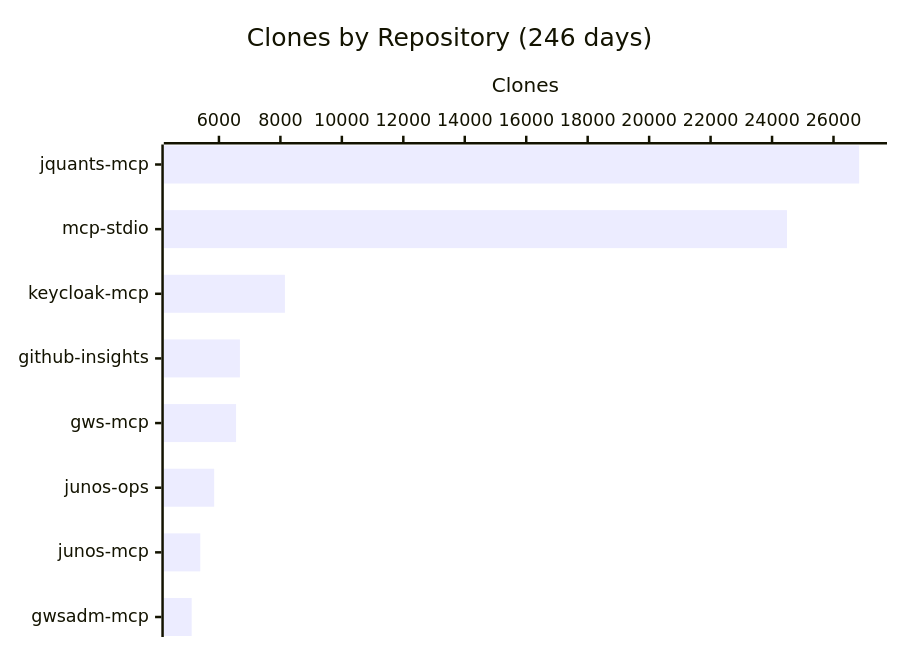
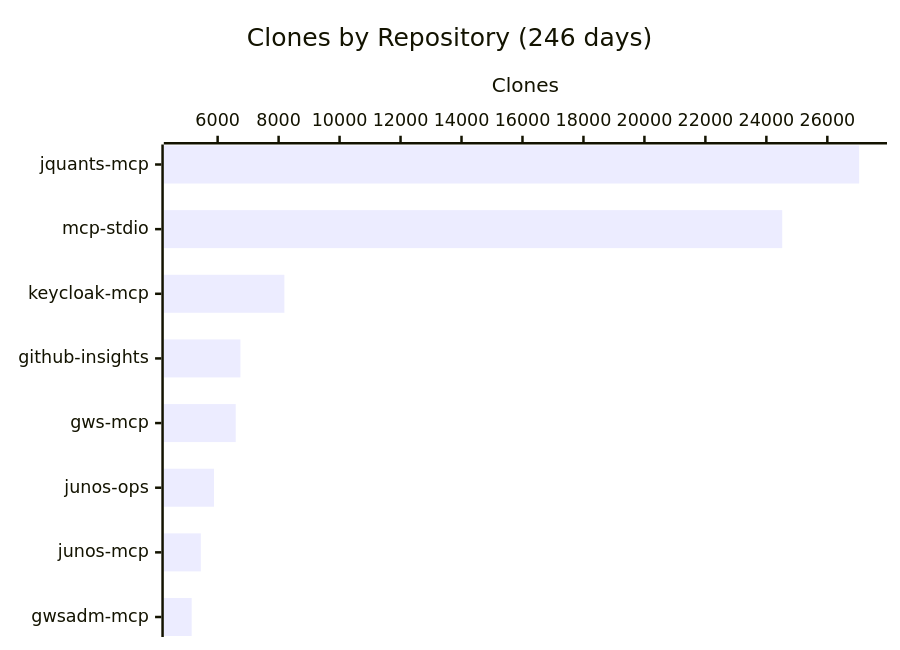
The fourth of 4 diagrams in README.md (shigechika/github-insights), drawn with Mermaid before and after one commit. The commit also changed other lines of this file and 1 other file, not shown here.

````diff
--- a/README.md
+++ b/README.md
@@ -58,7 +58,7 @@
 ```mermaid
 xychart-beta horizontal
     title "Clones by Repository (246 days)"
     x-axis ["jquants-mcp", "mcp-stdio", "keycloak-mcp", "github-insights", "gws-mcp", "junos-ops", "junos-mcp", "gwsadm-mcp"]
     y-axis "Clones"
-    bar [26835, 24485, 8147, 6682, 6558, 5844, 5392, 5112]
+    bar [27044, 24520, 8190, 6748, 6594, 5882, 5449, 5148]
 ```
````
